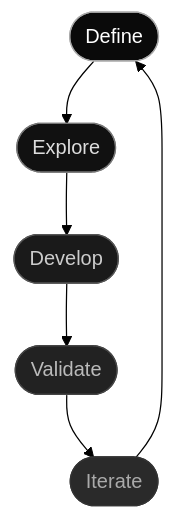
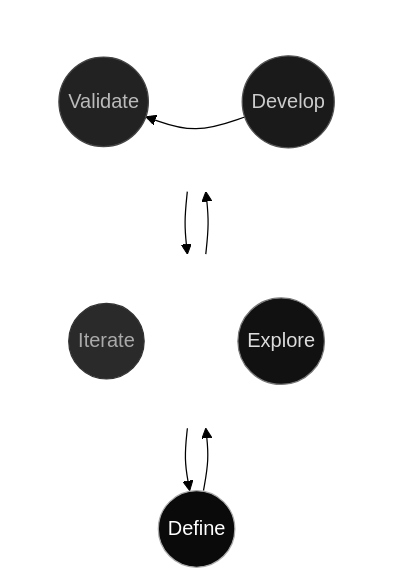
One commit to Blackdoor-Industries/.github changed the second of 2 diagrams in profile/README.md. Above: the diagram before and after it, drawn with Mermaid (forest theme). The commit also changed other lines of this file, not shown here.

````diff
--- a/profile/README.md
+++ b/profile/README.md
@@ -162,14 +129,26 @@
 ```mermaid
-flowchart TD
-    D(["Define"]) --> E(["Explore"])
-    E --> B(["Develop"])
-    B --> V(["Validate"])
-    V --> I(["Iterate"])
+flowchart TB
+    D(("Define"))
+    subgraph s1[" "]
+        direction LR
+        I(("Iterate")) ~~~ E(("Explore"))
+    end
+    subgraph s2[" "]
+        direction LR
+        V(("Validate")) ~~~ B(("Develop"))
+    end
+
+    D --> E
+    E --> B
+    B --> V
+    V --> I
     I --> D
 
     style D fill:#0a0a0a,stroke:#aaa,color:#fff
     style E fill:#111,stroke:#777,color:#ddd
     style B fill:#1a1a1a,stroke:#555,color:#ccc
     style V fill:#222,stroke:#444,color:#bbb
     style I fill:#2a2a2a,stroke:#333,color:#aaa
+    style s1 fill:none,stroke:none,color:none
+    style s2 fill:none,stroke:none,color:none
 ```
````
